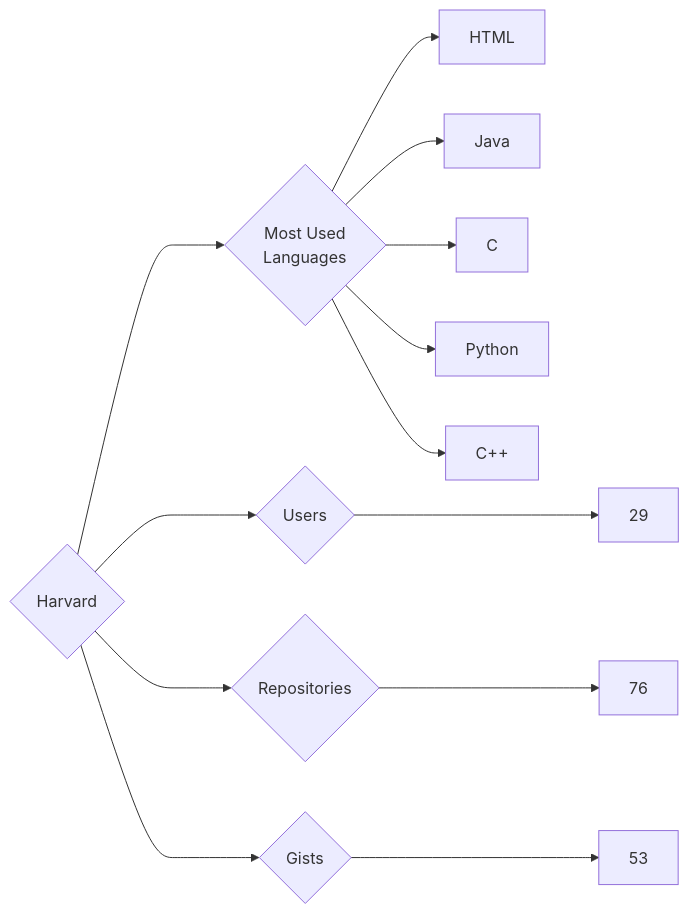
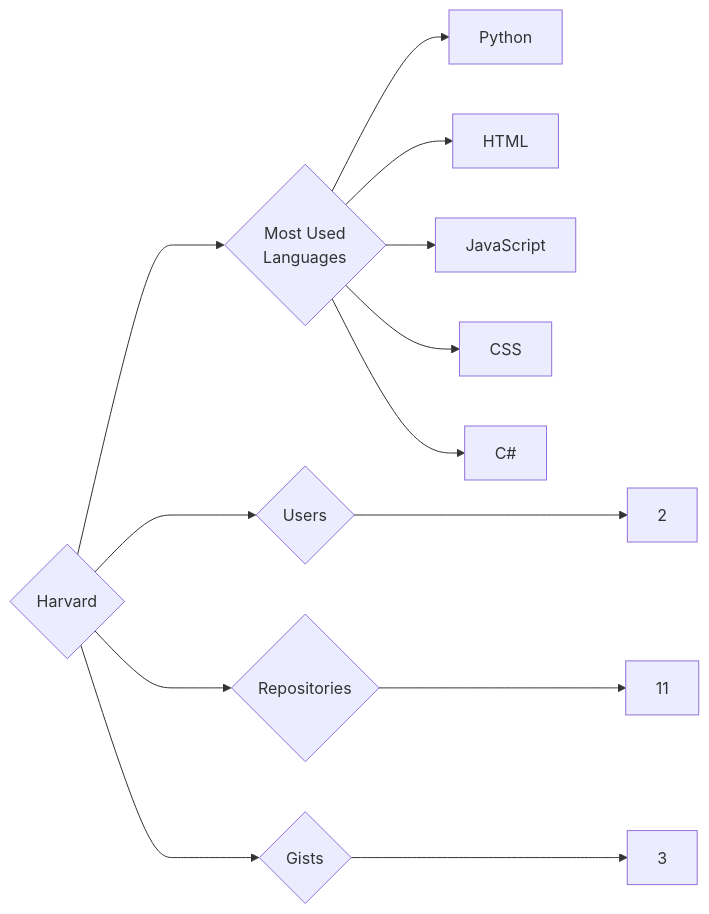
Before and after one commit to trickest/insiders: the diagram in targets/Harvard/README.md, drawn with Mermaid. The commit also changed 736 other files, not shown here.

````diff
--- a/targets/Harvard/README.md
+++ b/targets/Harvard/README.md
@@ -3,13 +3,13 @@
 ```mermaid
 graph LR
 COMPANY_NAME{Harvard}
-COMPANY_NAME ---> U{Users} ---> UN[29]
-COMPANY_NAME ---> R{Repositories} ---> RN[76]
-COMPANY_NAME ---> G{Gists} ---> GN[53]
+COMPANY_NAME ---> U{Users} ---> UN[2]
+COMPANY_NAME ---> R{Repositories} ---> RN[11]
+COMPANY_NAME ---> G{Gists} ---> GN[3]
 COMPANY_NAME ---> ML{Most Used<br>Languages}
+ML --> Python[Python]
 ML --> HTML[HTML]
-ML --> Java[Java]
-ML --> C[C]
-ML --> Python[Python]
-ML --> C++[C++]
+ML --> JavaScript[JavaScript]
+ML --> CSS[CSS]
+ML --> C#[C#]
 ```
````
